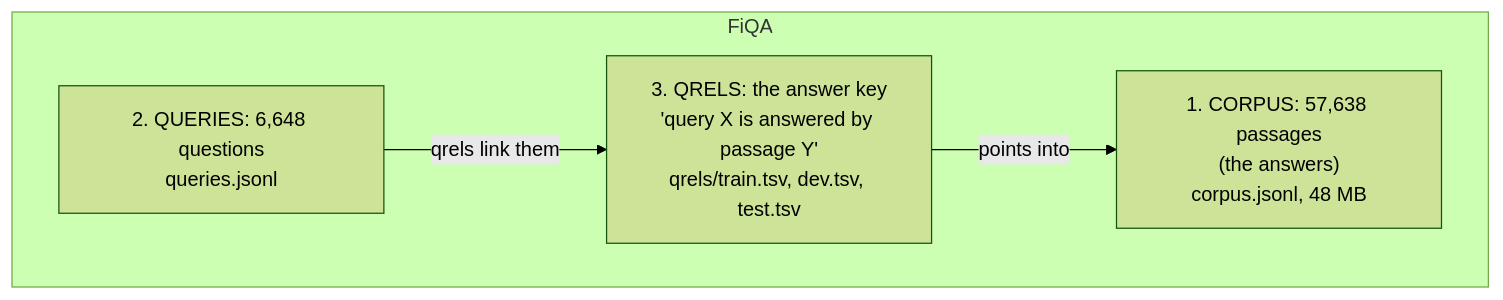
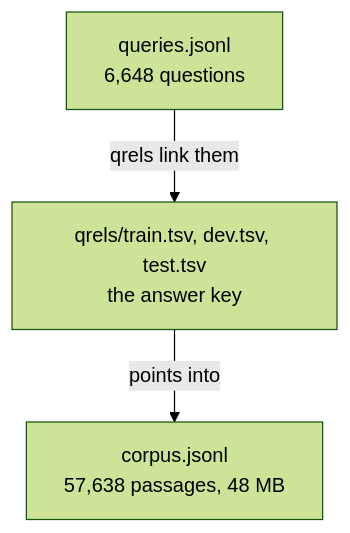
Before and after one commit to node31/fiqa-agentic-retrieval: the third of 7 diagrams in docs/from_zero/01_the_problem_and_the_data.md, drawn with Mermaid (forest theme). The commit also changed other lines of this file and 9 other files, not shown here.

````diff
--- a/docs/from_zero/01_the_problem_and_the_data.md
+++ b/docs/from_zero/01_the_problem_and_the_data.md
@@ -71,10 +48,8 @@
 ```mermaid
 flowchart TB
-    subgraph FiQA
-      C["1. CORPUS: 57,638 passages<br/>(the answers)<br/>corpus.jsonl, 48 MB"]
-      Q["2. QUERIES: 6,648 questions<br/>queries.jsonl"]
-      R["3. QRELS: the answer key<br/>'query X is answered by passage Y'<br/>qrels/train.tsv, dev.tsv, test.tsv"]
-    end
+    C["corpus.jsonl<br/>57,638 passages, 48 MB"]
+    Q["queries.jsonl<br/>6,648 questions"]
+    R["qrels/train.tsv, dev.tsv, test.tsv<br/>the answer key"]
     Q -- "qrels link them" --> R
     R -- "points into" --> C
 ```
````
